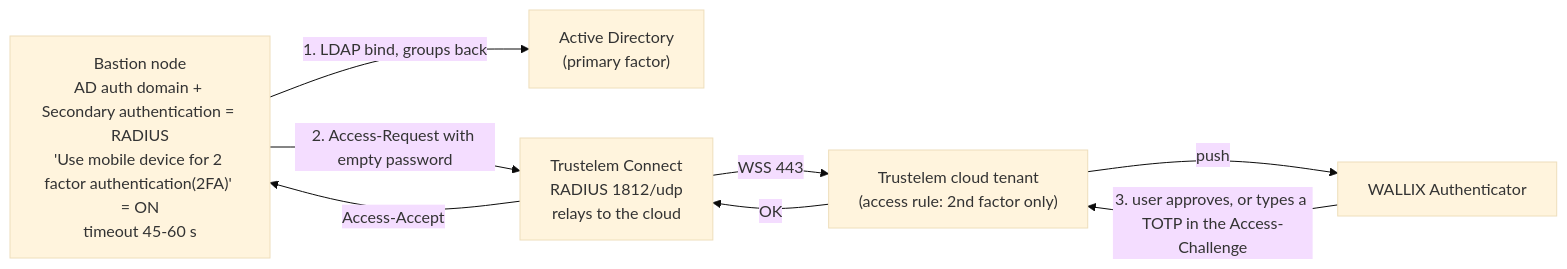
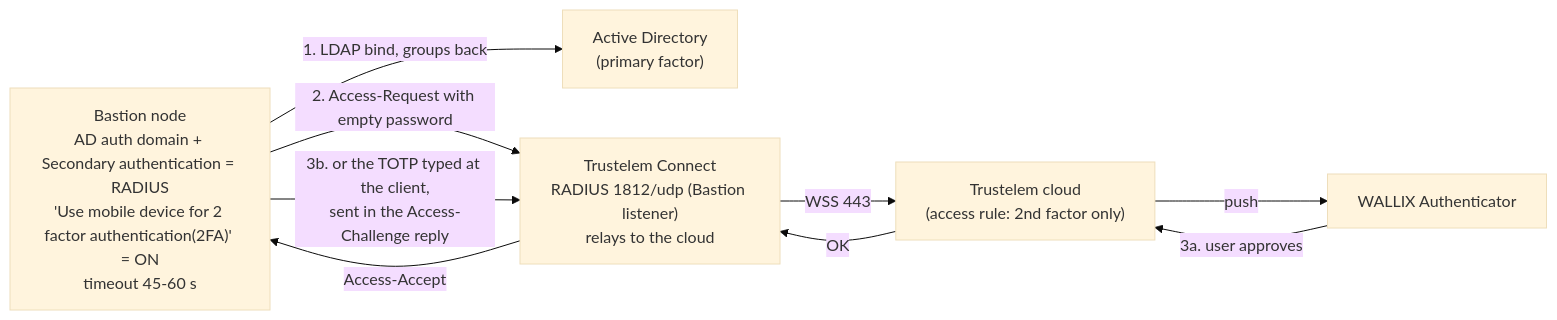
One commit to morandeirachema/Trustelem- changed the diagram in docs/trustelem/04-bastion-integration.md. Above: the diagram before and after it, drawn with Mermaid (base theme). The commit also changed other lines of this file and 19 other files, not shown here.

Commit message:
Audit pass 2: diagrams synced with text, AM RADIUS listener 2812, Authentication domain name rule, gap B7

````diff
--- a/docs/trustelem/04-bastion-integration.md
+++ b/docs/trustelem/04-bastion-integration.md
@@ -50,15 +50,16 @@
 ```mermaid
 flowchart LR
     B["Bastion node<br/>AD auth domain + Secondary authentication = RADIUS<br/>'Use mobile device for 2 factor authentication(2FA)' = ON<br/>timeout 45-60 s"]
     AD["Active Directory<br/>(primary factor)"]
-    TC["Trustelem Connect<br/>RADIUS 1812/udp<br/>relays to the cloud"]
-    T["Trustelem cloud tenant<br/>(access rule: 2nd factor only)"]
+    TC["Trustelem Connect<br/>RADIUS 1812/udp (Bastion listener)<br/>relays to the cloud"]
+    T["Trustelem cloud<br/>(access rule: 2nd factor only)"]
     A["WALLIX Authenticator"]
     B -->|1. LDAP bind, groups back| AD
     B -->|2. Access-Request with empty password| TC
     TC -->|WSS 443| T
     T -->|push| A
-    A -->|3. user approves, or types a TOTP in the Access-Challenge| T
+    A -->|3a. user approves| T
+    B -->|3b. or the TOTP typed at the client,<br/>sent in the Access-Challenge reply| TC
     T -->|OK| TC
     TC -->|Access-Accept| B
 ```
````
